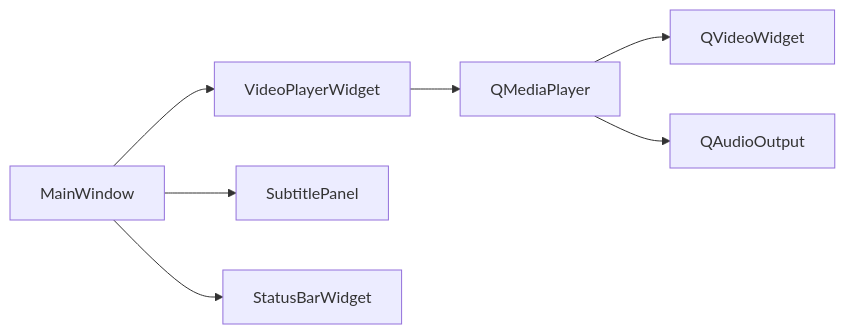
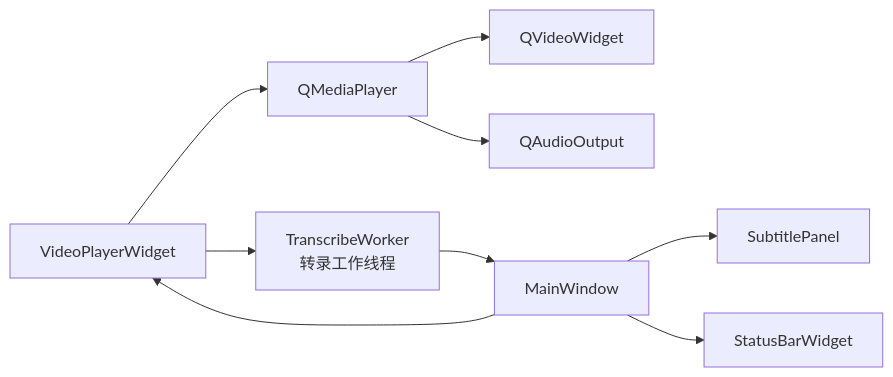
One commit to boyingliu01/VideoSplitter changed the seventh of 7 diagrams in .qoder/repowiki/zh/content/用户界面/视频播放器组件.md. Above: the diagram before and after it, drawn with Mermaid. The commit also changed other lines of this file and 147 other files, not shown here.

````diff
--- a/.qoder/repowiki/zh/content/用户界面/视频播放器组件.md
+++ b/.qoder/repowiki/zh/content/用户界面/视频播放器组件.md
@@ -232,9 +286,11 @@
 ```mermaid
 graph LR
 VP["VideoPlayerWidget"] --> MP["QMediaPlayer"]
 MP --> VW["QVideoWidget"]
 MP --> AO["QAudioOutput"]
 MW["MainWindow"] --> VP
 MW --> SP["SubtitlePanel"]
 MW --> SB["StatusBarWidget"]
+VP --> ST["TranscribeWorker<br/>转录工作线程"]
+ST --> MW
 ```
````
